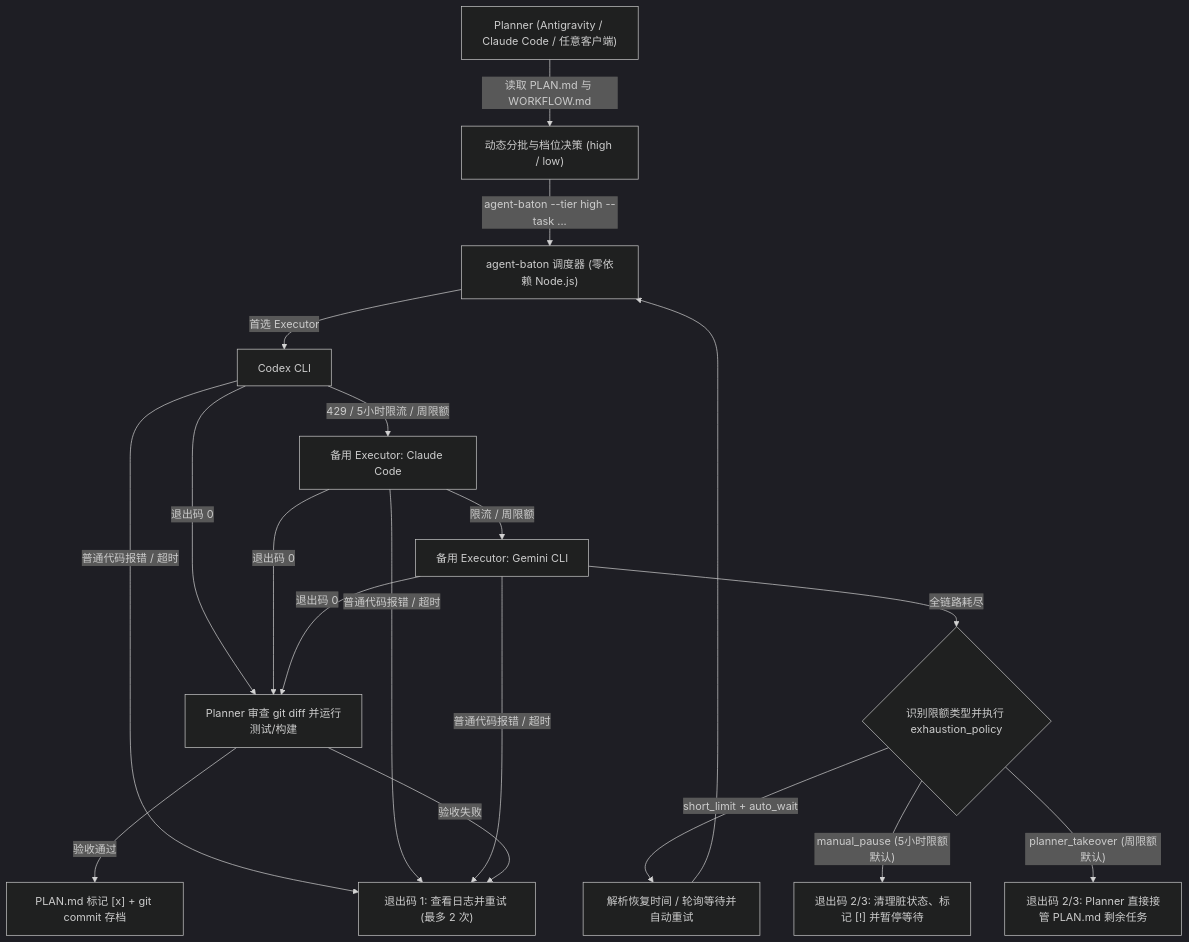
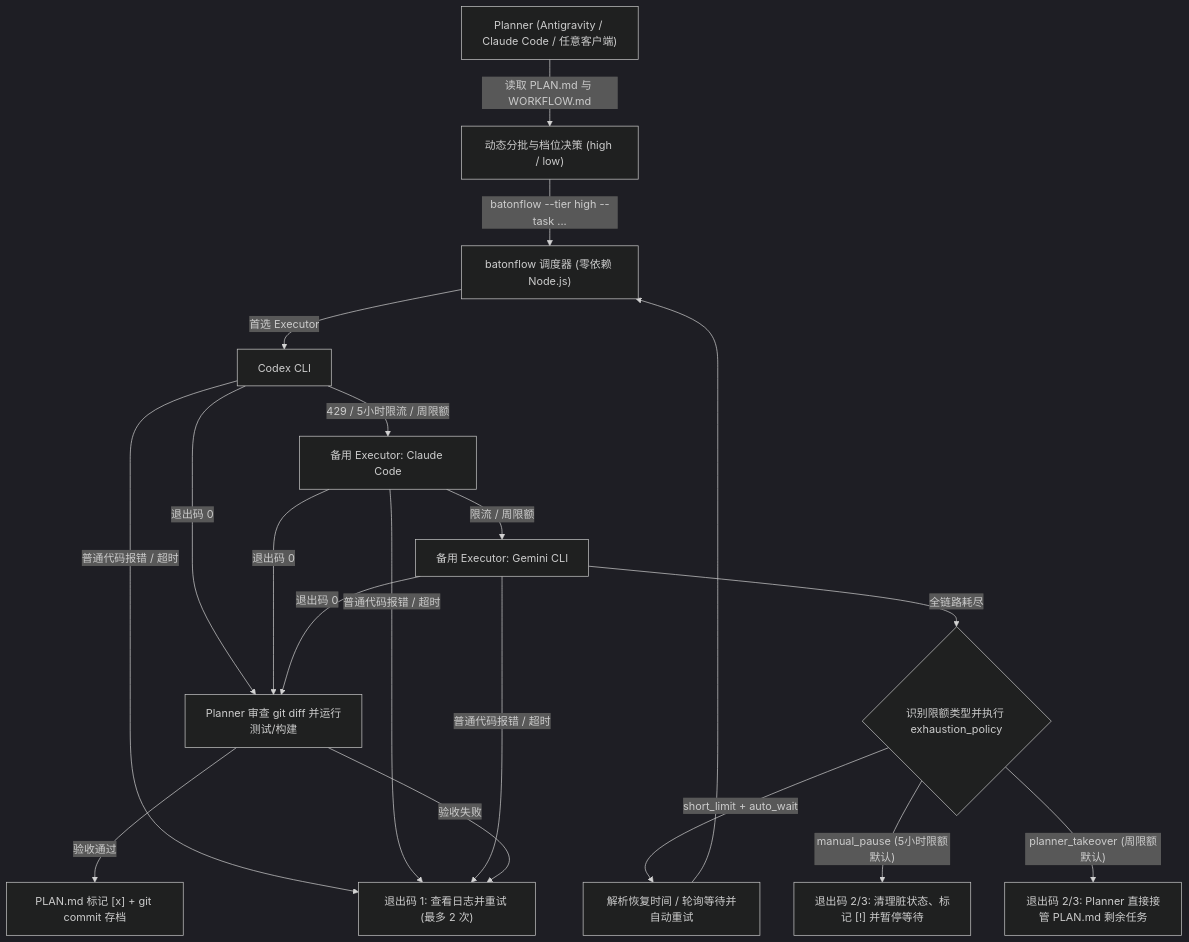
Before and after one commit to wenzhang1/agent-baton: the diagram in README.zh-CN.md, drawn with Mermaid (dark theme). The commit also changed other lines of this file and 27 other files, not shown here.

````diff
--- a/README.zh-CN.md
+++ b/README.zh-CN.md
@@ -23,19 +23,19 @@
 ```mermaid
 flowchart TD
     P["Planner (Antigravity / Claude Code / 任意客户端)"] -->|"读取 PLAN.md 与 WORKFLOW.md"| B["动态分批与档位决策 (high / low)"]
-    B -->|"agent-baton --tier high --task ..."| C["agent-baton 调度器 (零依赖 Node.js)"]
+    B -->|"batonflow --tier high --task ..."| C["batonflow 调度器 (零依赖 Node.js)"]
     C -->|"首选 Executor"| E1["Codex CLI"]
     E1 -->|"退出码 0"| V["Planner 审查 git diff 并运行测试/构建"]
     E1 -->|"429 / 5小时限流 / 周限额"| E2["备用 Executor: Claude Code"]
     E2 -->|"退出码 0"| V
     E2 -->|"限流 / 周限额"| E3["备用 Executor: Gemini CLI"]
     E3 -->|"退出码 0"| V
     E1 & E2 & E3 -->|"普通代码报错 / 超时"| ERR["退出码 1: 查看日志并重试 (最多 2 次)"]
     E3 -->|"全链路耗尽"| POL{"识别限额类型并执行 exhaustion_policy"}
     POL -->|"short_limit + auto_wait"| WAIT["解析恢复时间 / 轮询等待并自动重试"]
     WAIT --> C
     POL -->|"manual_pause (5小时限额默认)"| PAUSE["退出码 2/3: 清理脏状态、标记 [!] 并暂停等待"]
     POL -->|"planner_takeover (周限额默认)"| TAKE["退出码 2/3: Planner 直接接管 PLAN.md 剩余任务"]
     V -->|"验收通过"| GIT["PLAN.md 标记 [x] + git commit 存档"]
     V -->|"验收失败"| ERR
 ```
````
